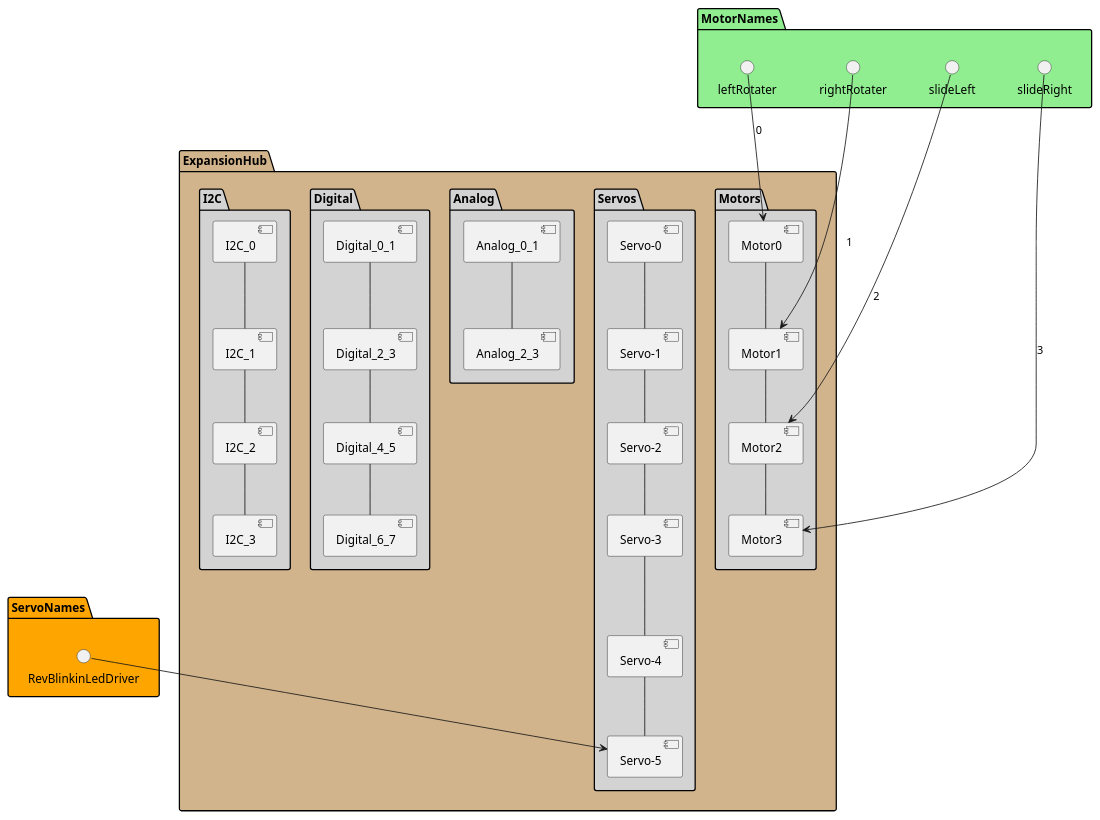
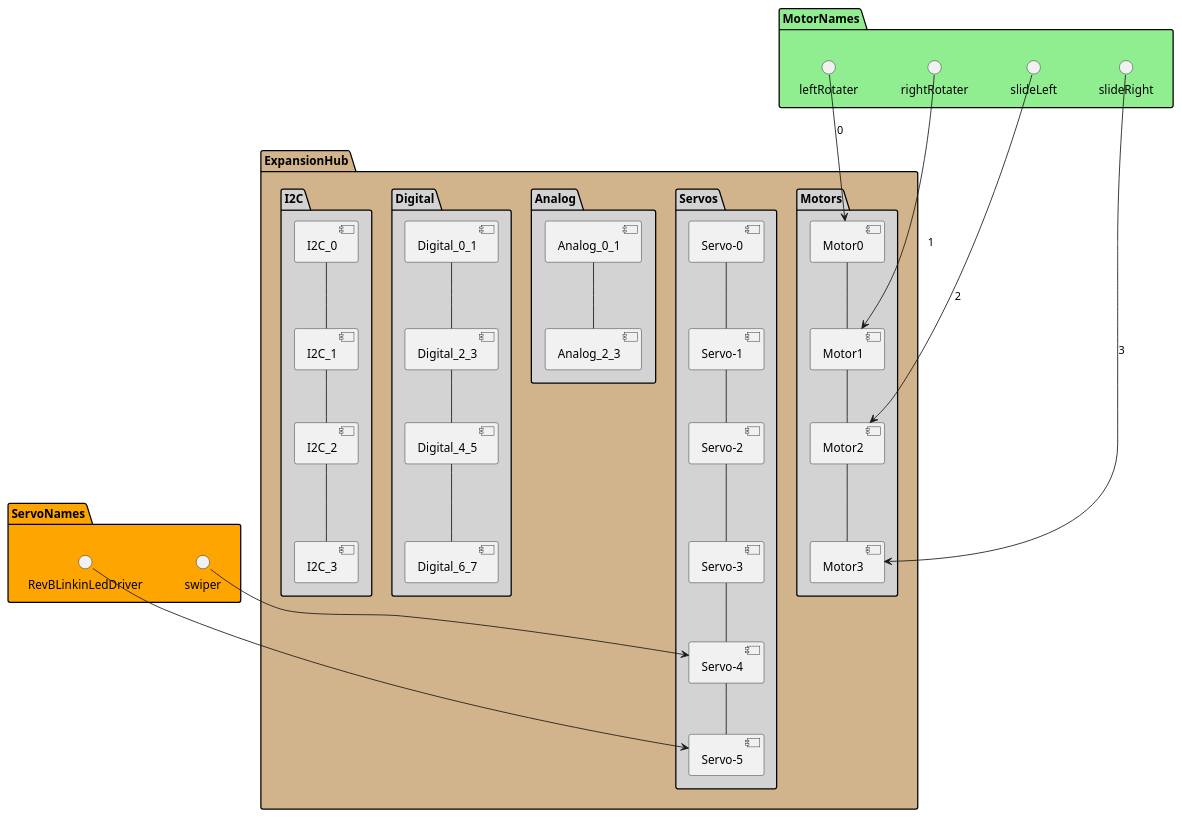
Before and after one commit to ShearForce-Software/ShearForce-Into-the-Deep-10.0: the diagram in TeamCode/src/main/java/org/firstinspires/ftc/teamcode/Geronimo/Diagrams/Configuration_ExpansionHub.puml, drawn with PlantUML. The commit also changed 1 other file, not shown here.

Commit message:
Jared: disabled the color sensor, since it has been disconnected.  Updated config diagrams with correct values, since I had to create a new configuration for the limelight.

```diff
--- a/TeamCode/src/main/java/org/firstinspires/ftc/teamcode/Geronimo/Diagrams/Configuration_ExpansionHub.puml
+++ b/TeamCode/src/main/java/org/firstinspires/ftc/teamcode/Geronimo/Diagrams/Configuration_ExpansionHub.puml
@@ -1,48 +1,49 @@
 @startuml
 
 
 package ExpansionHub #Tan {
   package Motors #LightGrey {
     [Motor0] -- [Motor1]
     [Motor1] -- [Motor2]
     [Motor2] -- [Motor3]
   }
 
   package Servos #LightGrey {
    [Servo-0] -- [Servo-1]
    [Servo-1] -- [Servo-2]
    [Servo-2] -- [Servo-3]
    [Servo-3] -- [Servo-4]
    [Servo-4] -- [Servo-5]
   }
 
   package Analog #LightGrey {
    [Analog_0_1] -- [Analog_2_3]
   }
 
   package Digital #LightGrey {
    [Digital_0_1] -- [Digital_2_3]
    [Digital_2_3] -- [Digital_4_5]
    [Digital_4_5] -- [Digital_6_7]
   }
 
   package I2C #LightGrey {
    [I2C_0] -- [I2C_1]
    [I2C_1] -- [I2C_2]
    [I2C_2] -- [I2C_3]
 
   }
 }
 
 package ServoNames #Orange {
-  () "RevBlinkinLedDriver" --> [Servo-5]
+  () "swiper"  --> [Servo-4]
+  () "RevBLinkinLedDriver" --> [Servo-5]
 }
 package MotorNames #LightGreen {
   () "leftRotater" --> [Motor0] : 0
   () "rightRotater" --> [Motor1] : 1
   () "slideLeft" --> [Motor2] : 2
   () "slideRight" --> [Motor3] : 3
 }
 
 
 @enduml
```
